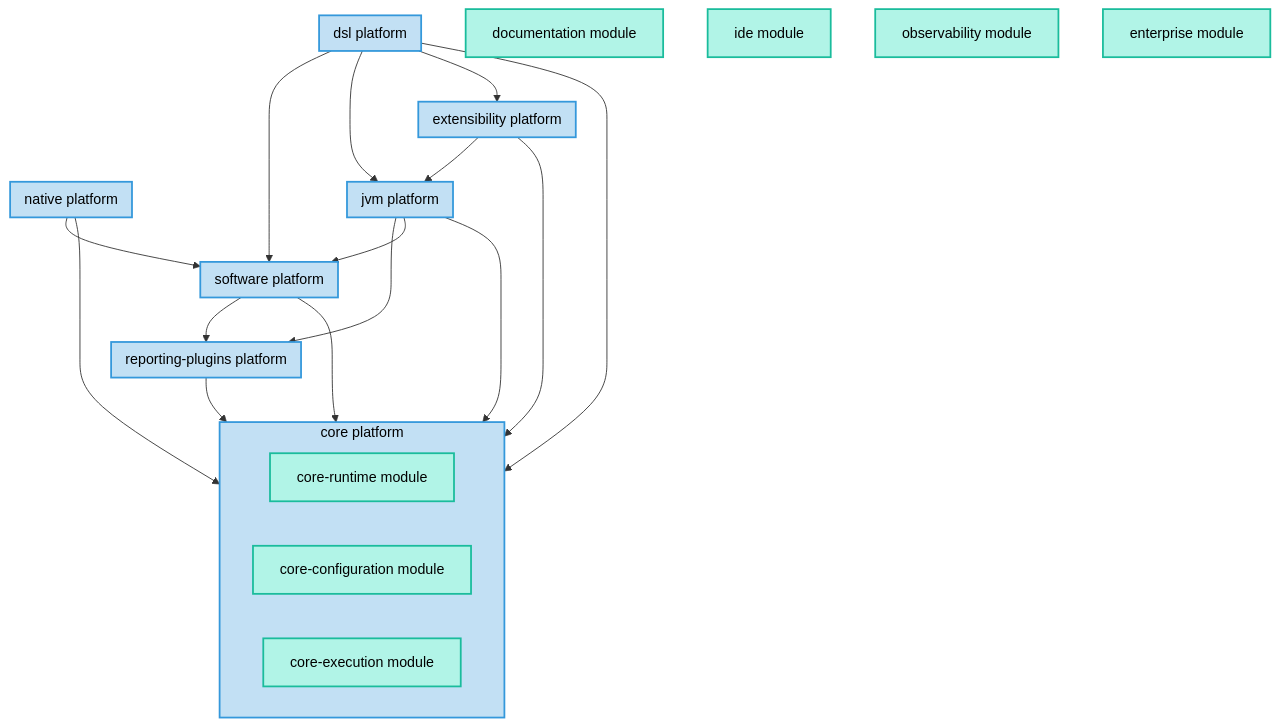
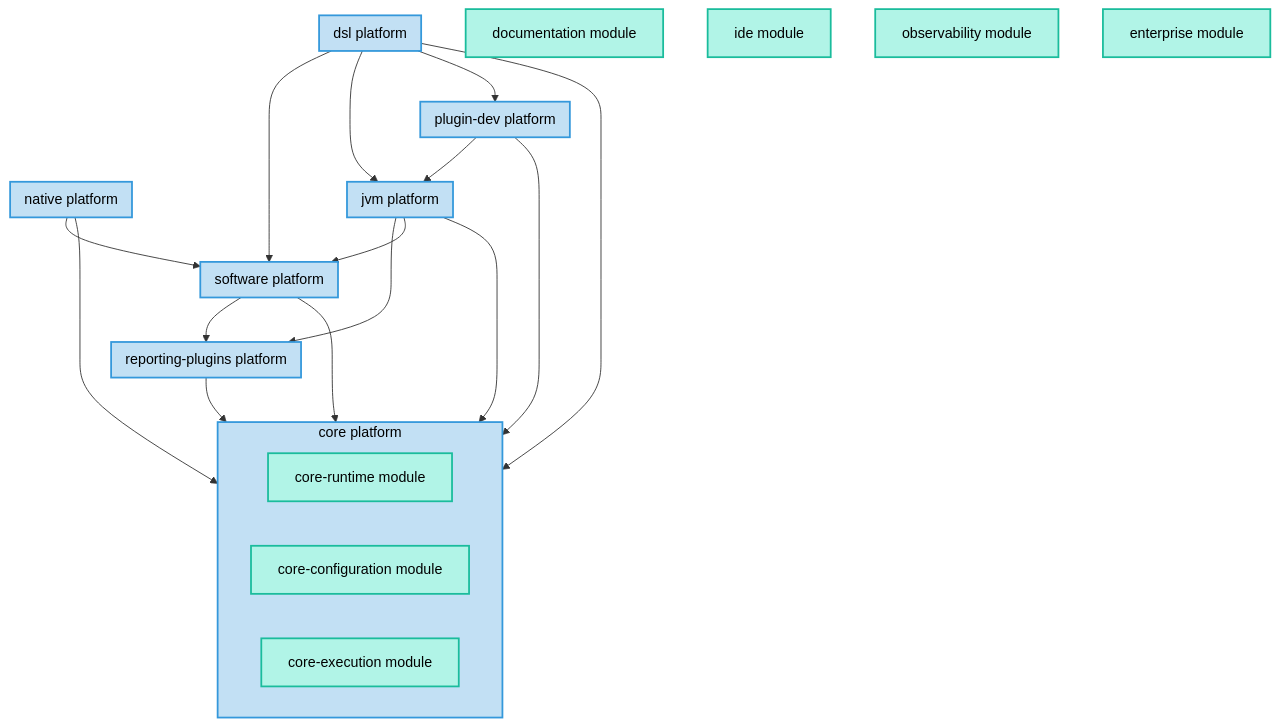
The diagram in architecture/platforms.md (gradle/gradle), drawn with Mermaid before and after one commit. The commit also changed other lines of this file and 185 other files, not shown here.

Commit message:
Rename extensibility platform to plugin-dev

````diff
--- a/architecture/platforms.md
+++ b/architecture/platforms.md
@@ -13,66 +13,66 @@
 ```mermaid
     graph TD
 
     subgraph core["core platform"]
 
         core_runtime["core-runtime module"]
         style core_runtime stroke:#1abc9c,fill:#b1f4e7,stroke-width:2px,color:#000;
 
         core_configuration["core-configuration module"]
         style core_configuration stroke:#1abc9c,fill:#b1f4e7,stroke-width:2px,color:#000;
 
         core_execution["core-execution module"]
         style core_execution stroke:#1abc9c,fill:#b1f4e7,stroke-width:2px,color:#000;
     end
     style core fill:#c2e0f4,stroke:#3498db,stroke-width:2px,color:#000;
 
     documentation["documentation module"]
     style documentation stroke:#1abc9c,fill:#b1f4e7,stroke-width:2px,color:#000;
 
     ide["ide module"]
     style ide stroke:#1abc9c,fill:#b1f4e7,stroke-width:2px,color:#000;
 
     observability["observability module"]
     style observability stroke:#1abc9c,fill:#b1f4e7,stroke-width:2px,color:#000;
 
     subgraph reporting_plugins["reporting-plugins platform"]
     end
     style reporting_plugins fill:#c2e0f4,stroke:#3498db,stroke-width:2px,color:#000;
     reporting_plugins --> core
 
     subgraph software["software platform"]
     end
     style software fill:#c2e0f4,stroke:#3498db,stroke-width:2px,color:#000;
     software --> core
     software --> reporting_plugins
 
     subgraph jvm["jvm platform"]
     end
     style jvm fill:#c2e0f4,stroke:#3498db,stroke-width:2px,color:#000;
     jvm --> core
     jvm --> reporting_plugins
     jvm --> software
 
-    subgraph extensibility["extensibility platform"]
+    subgraph plugin_dev["plugin-dev platform"]
     end
-    style extensibility fill:#c2e0f4,stroke:#3498db,stroke-width:2px,color:#000;
-    extensibility --> core
-    extensibility --> jvm
+    style plugin_dev fill:#c2e0f4,stroke:#3498db,stroke-width:2px,color:#000;
+    plugin_dev --> core
+    plugin_dev --> jvm
 
     subgraph dsl["dsl platform"]
     end
     style dsl fill:#c2e0f4,stroke:#3498db,stroke-width:2px,color:#000;
     dsl --> core
     dsl --> software
     dsl --> jvm
-    dsl --> extensibility
+    dsl --> plugin_dev
 
     subgraph native["native platform"]
     end
     style native fill:#c2e0f4,stroke:#3498db,stroke-width:2px,color:#000;
     native --> core
     native --> software
 
     enterprise["enterprise module"]
     style enterprise stroke:#1abc9c,fill:#b1f4e7,stroke-width:2px,color:#000;
 ```
````
